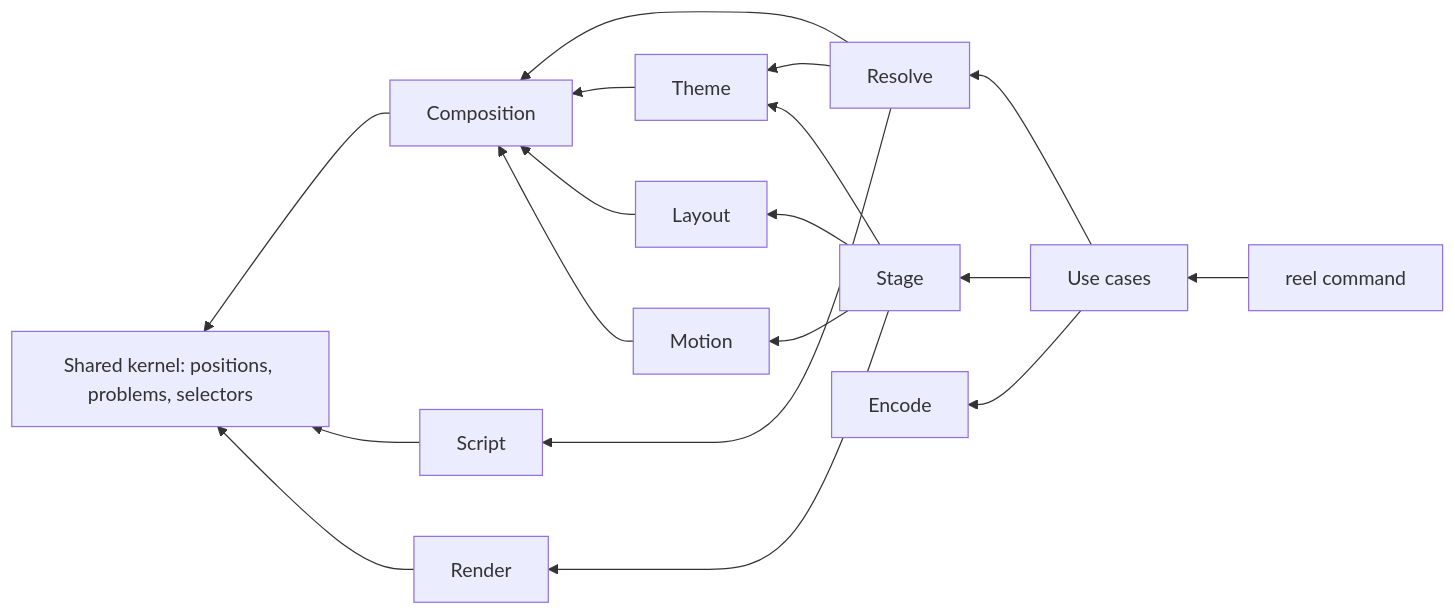
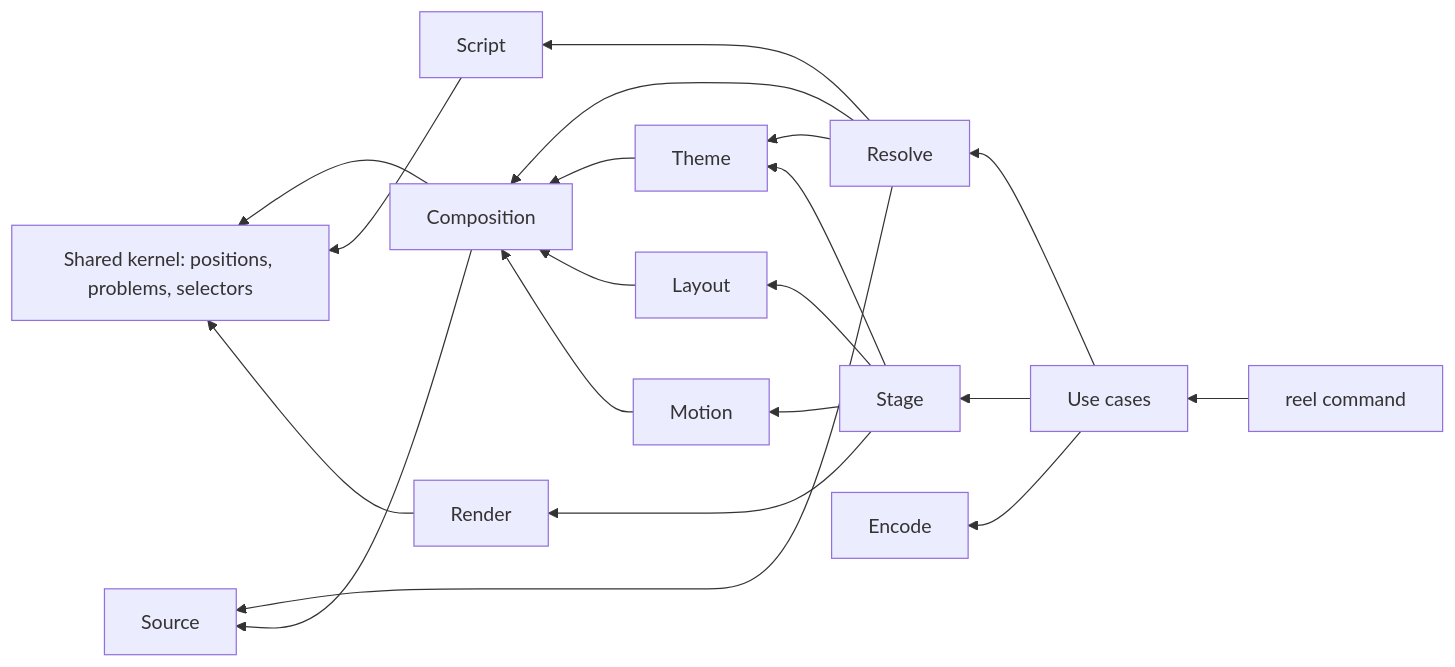
One commit to nessalabs/nessa-video changed the diagram in docs/state/domain-language.md. Above: the diagram before and after it, drawn with Mermaid. The commit also changed other lines of this file and 31 other files, not shown here.

````diff
--- a/docs/state/domain-language.md
+++ b/docs/state/domain-language.md
@@ -29,20 +30,22 @@
 ```mermaid
 flowchart RL
     Resolve[Resolve] --> Script[Script]
     Resolve --> Composition[Composition]
     Resolve --> Theme[Theme]
+    Resolve --> Source[Source]
+    Composition --> Source
     Theme --> Composition
     Composition --> Kernel[Shared kernel: positions, problems, selectors]
     Script --> Kernel
     Render[Render] --> Kernel
     Layout[Layout] --> Composition
     Motion[Motion] --> Composition
     Stage[Stage] --> Layout
     Stage --> Motion
     Stage --> Render
     Stage --> Theme
     App[Use cases] --> Resolve
     App --> Stage
     App --> Encode[Encode]
     CLI[reel command] --> App
 ```
````
